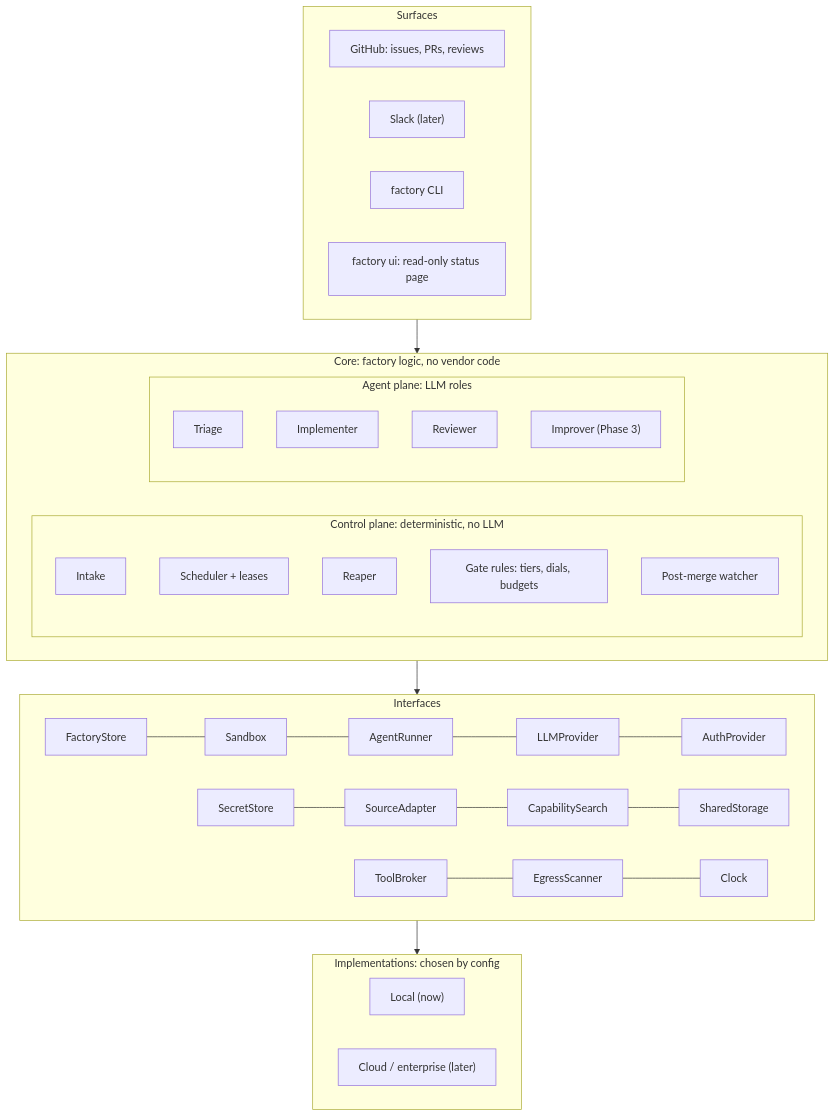
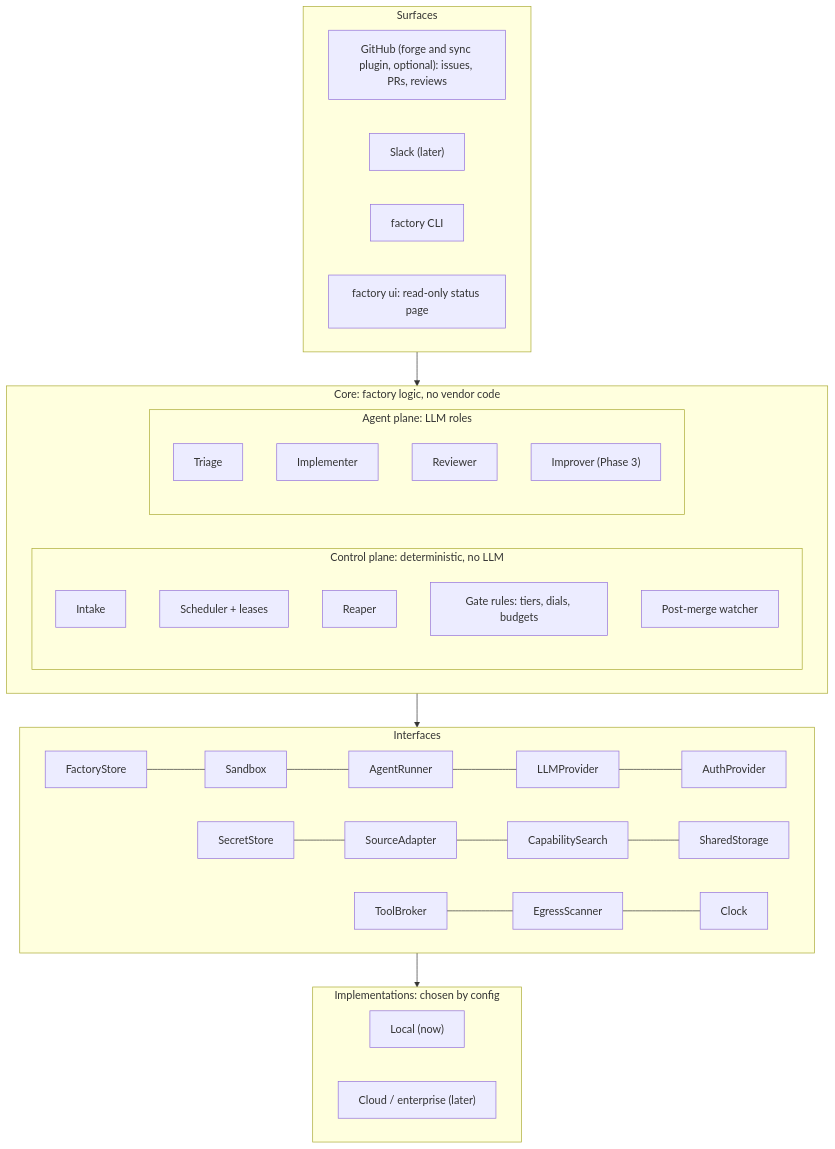
The first of 5 diagrams in docs/architecture.md (seonWKim/software-factory), drawn with Mermaid before and after one commit. The commit also changed other lines of this file and 1 other file, not shown here.

Commit message:
Docs: GitHub is a forge and sync plugin; the human gate is the local command set

````diff
--- a/docs/architecture.md
+++ b/docs/architecture.md
@@ -15,44 +15,44 @@
 ```mermaid
 graph TB
   subgraph SURF["Surfaces"]
     direction LR
-    GH["GitHub: issues, PRs, reviews"]
+    GH["GitHub (forge and sync plugin, optional): issues, PRs, reviews"]
     SL["Slack (later)"]
     CLI["factory CLI"]
     UI["factory ui: read-only status page"]
   end
 
   subgraph CORE["Core: factory logic, no vendor code"]
     direction LR
     subgraph CP["Control plane: deterministic, no LLM"]
       direction TB
       IN["Intake"]
       MG["Scheduler + leases"]
       RP["Reaper"]
       GT["Gate rules: tiers, dials, budgets"]
       PM["Post-merge watcher"]
     end
     subgraph AP["Agent plane: LLM roles"]
       direction TB
       TR["Triage"]
       IM["Implementer"]
       RV["Reviewer"]
       IMP["Improver (Phase 3)"]
     end
   end
 
   subgraph IF["Interfaces"]
     direction LR
     I1["FactoryStore"] --- I2["Sandbox"] --- I3["AgentRunner"] --- I4["LLMProvider"] --- I5["AuthProvider"]
     I6["SecretStore"] --- I7["SourceAdapter"] --- I8["CapabilitySearch"] --- I9["SharedStorage"]
     I10["ToolBroker"] --- I11["EgressScanner"] --- I12["Clock"]
   end
 
   subgraph IMPL["Implementations: chosen by config"]
     direction LR
     LOC["Local (now)"]
     CLD["Cloud / enterprise (later)"]
   end
 
   SURF --> CORE --> IF --> IMPL
 ```
````
